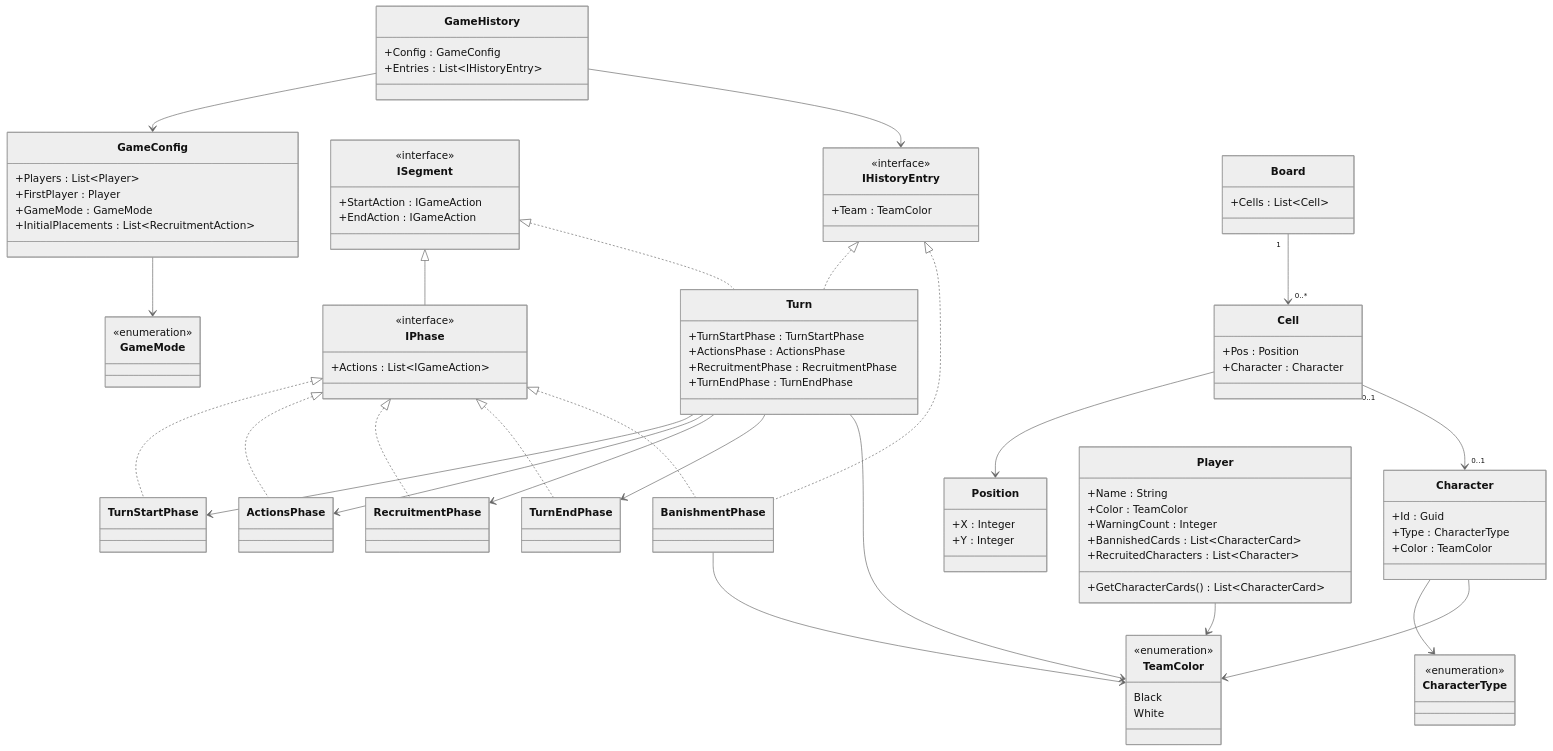
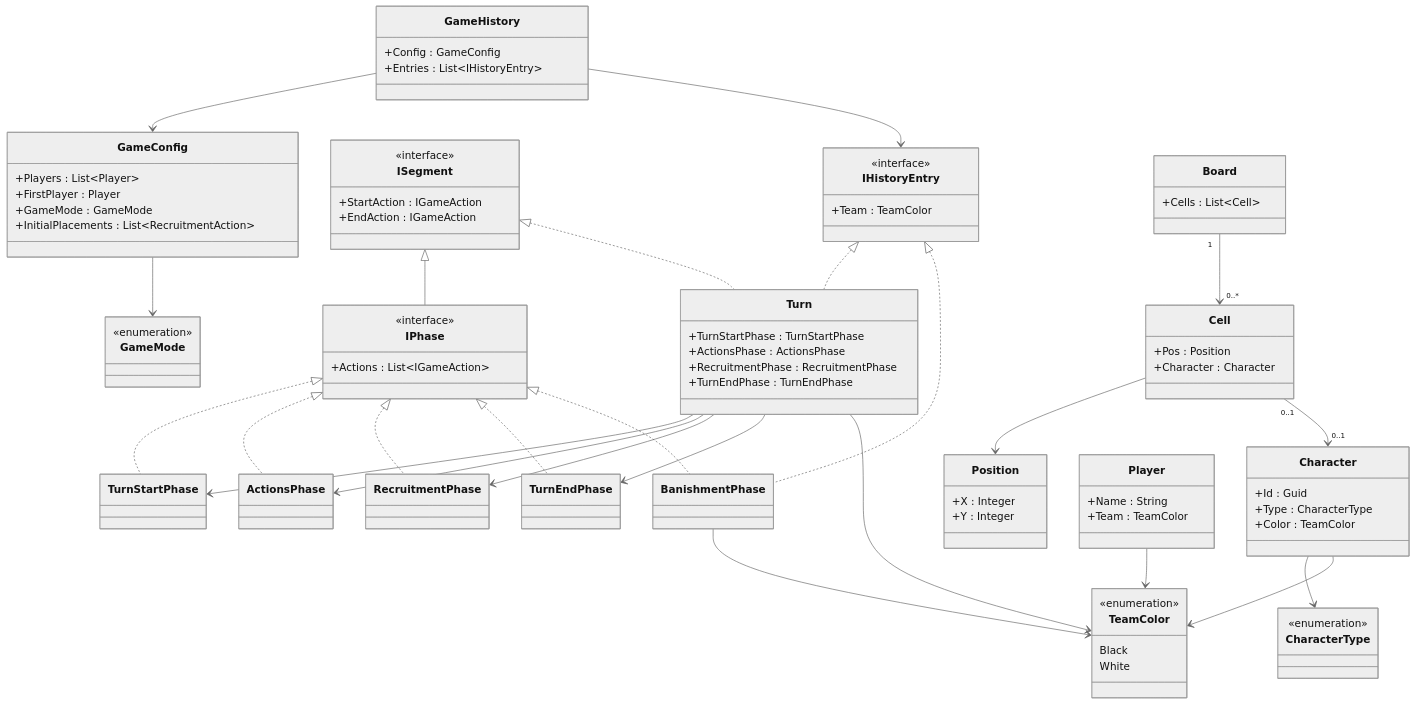
The diagram in docs/GameLogic/uml_entities_gamelogic.mmd (PaulRosselle/leaders_board_game), drawn with Mermaid (neutral theme) before and after one commit. The commit also changed 1 other file, not shown here.

```diff
--- a/docs/GameLogic/uml_entities_gamelogic.mmd
+++ b/docs/GameLogic/uml_entities_gamelogic.mmd
@@ -1,122 +1,118 @@
 classDiagram
     direction TB
 
     %% Enums
     class TeamColor {
         <<enumeration>>
         Black
         White
     }
 
     class CharacterType {
         <<enumeration>>
     }
 
     class GameMode {
         <<enumeration>>
     }
 
     %% Interfaces
     class IHistoryEntry {
         <<interface>>
         +Team : TeamColor
     }
 
     class ISegment {
         <<interface>>
         +StartAction : IGameAction
         +EndAction : IGameAction
     }
 
     class IPhase {
         <<interface>>
         +Actions : List~IGameAction~
     }
 
     %% Phases
     class TurnStartPhase
     class ActionsPhase
     class RecruitmentPhase
     class TurnEndPhase
     class BanishmentPhase
 
     %% Turn
     class Turn {
         +TurnStartPhase : TurnStartPhase
         +ActionsPhase : ActionsPhase
         +RecruitmentPhase : RecruitmentPhase
         +TurnEndPhase : TurnEndPhase
     }
 
     %% History
     class GameConfig {
         +Players : List~Player~
         +FirstPlayer : Player
         +GameMode : GameMode
         +InitialPlacements : List~RecruitmentAction~
     }
 
     class GameHistory {
         +Config : GameConfig
         +Entries : List~IHistoryEntry~
     }
 
     %% Entités
     class Position {
         +X : Integer
         +Y : Integer
     }
 
     class Character {
         +Id : Guid
         +Type : CharacterType
         +Color : TeamColor
     }
 
     class Cell {
         +Pos : Position
         +Character : Character
     }
 
     class Board {
         +Cells : List~Cell~
     }
 
     class Player {
         +Name : String
-        +Color : TeamColor
-        +WarningCount : Integer
-        +BannishedCards : List~CharacterCard~
-        +RecruitedCharacters : List~Character~
-        +GetCharacterCards() List~CharacterCard~
+        +Team : TeamColor
     }
 
     %% Héritage interfaces
     ISegment <|-- IPhase
     IPhase <|.. TurnStartPhase
     IPhase <|.. ActionsPhase
     IPhase <|.. RecruitmentPhase
     IPhase <|.. TurnEndPhase
     IPhase <|.. BanishmentPhase
     ISegment <|.. Turn
     IHistoryEntry <|.. Turn
     IHistoryEntry <|.. BanishmentPhase
 
     %% Relations structurelles
     GameHistory --> GameConfig
     GameHistory --> IHistoryEntry
     Turn --> TurnStartPhase
     Turn --> ActionsPhase
     Turn --> RecruitmentPhase
     Turn --> TurnEndPhase
     Turn --> TeamColor
     BanishmentPhase --> TeamColor
     Board "1" --> "0..*" Cell
     Cell --> Position
     Cell "0..1" --> "0..1" Character
 
     %% Relations vers enums
     Character --> CharacterType
     Character --> TeamColor
     Player --> TeamColor
     GameConfig --> GameMode
```
